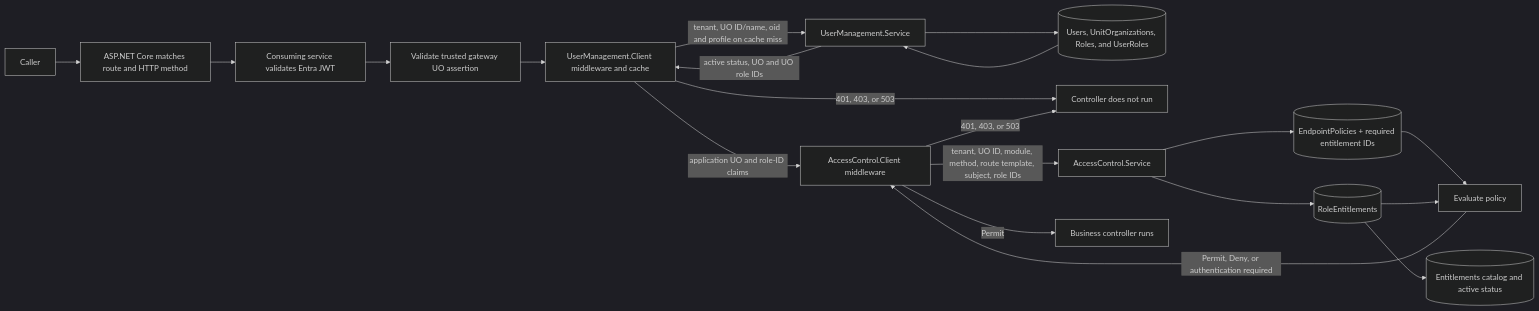
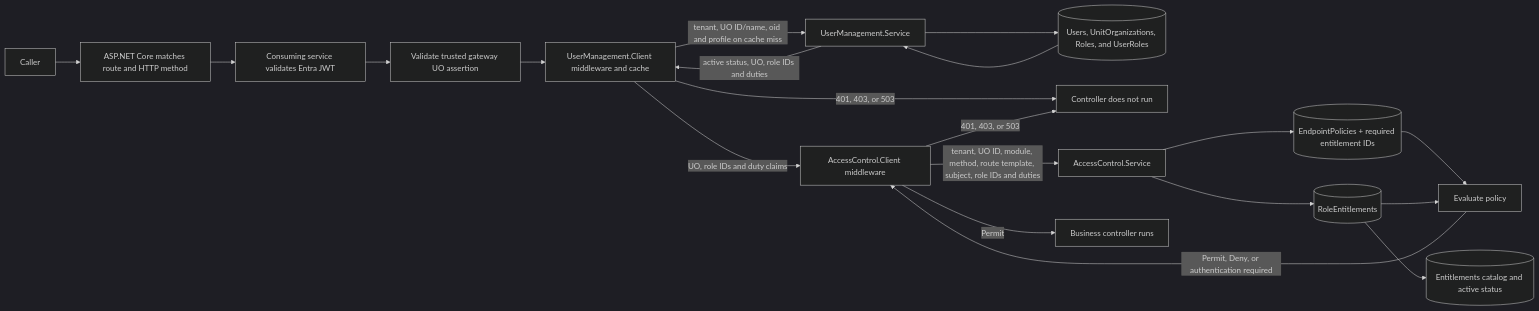
One commit to NMomchilo/AccessControl changed the diagram in docs/architecture.md. Above: the diagram before and after it, drawn with Mermaid (dark theme). The commit also changed other lines of this file and 10 other files, not shown here.

````diff
--- a/docs/architecture.md
+++ b/docs/architecture.md
@@ -11,22 +11,22 @@
 ```mermaid
 flowchart LR
     Caller[Caller] --> Route[ASP.NET Core matches route and HTTP method]
     Route --> Auth[Consuming service validates Entra JWT]
     Auth --> Gateway[Validate trusted gateway UO assertion]
     Gateway --> UserClient[UserManagement.Client middleware and cache]
     UserClient -->|tenant, UO ID/name, oid and profile on cache miss| UserApi[UserManagement.Service]
     UserApi --> Users[(Users, UnitOrganizations, Roles, and UserRoles)]
     Users --> UserApi
-    UserApi -->|active status, UO and UO role IDs| UserClient
-    UserClient -->|application UO and role-ID claims| NuGet[AccessControl.Client middleware]
+    UserApi -->|active status, UO, role IDs and duties| UserClient
+    UserClient -->|UO, role IDs and duty claims| NuGet[AccessControl.Client middleware]
     UserClient -->|401, 403, or 503| Stop[Controller does not run]
-    NuGet -->|tenant, UO ID, module, method, route template, subject, role IDs| API[AccessControl.Service]
+    NuGet -->|tenant, UO ID, module, method, route template, subject, role IDs and duties| API[AccessControl.Service]
     API --> Policy[(EndpointPolicies + required entitlement IDs)]
     API --> Grants[(RoleEntitlements)]
     Grants --> Catalog[(Entitlements catalog and active status)]
     Policy --> Evaluate[Evaluate policy]
     Grants --> Evaluate
     Evaluate -->|Permit, Deny, or authentication required| NuGet
     NuGet -->|Permit| Controller[Business controller runs]
     NuGet -->|401, 403, or 503| Stop[Controller does not run]
 ```
````
